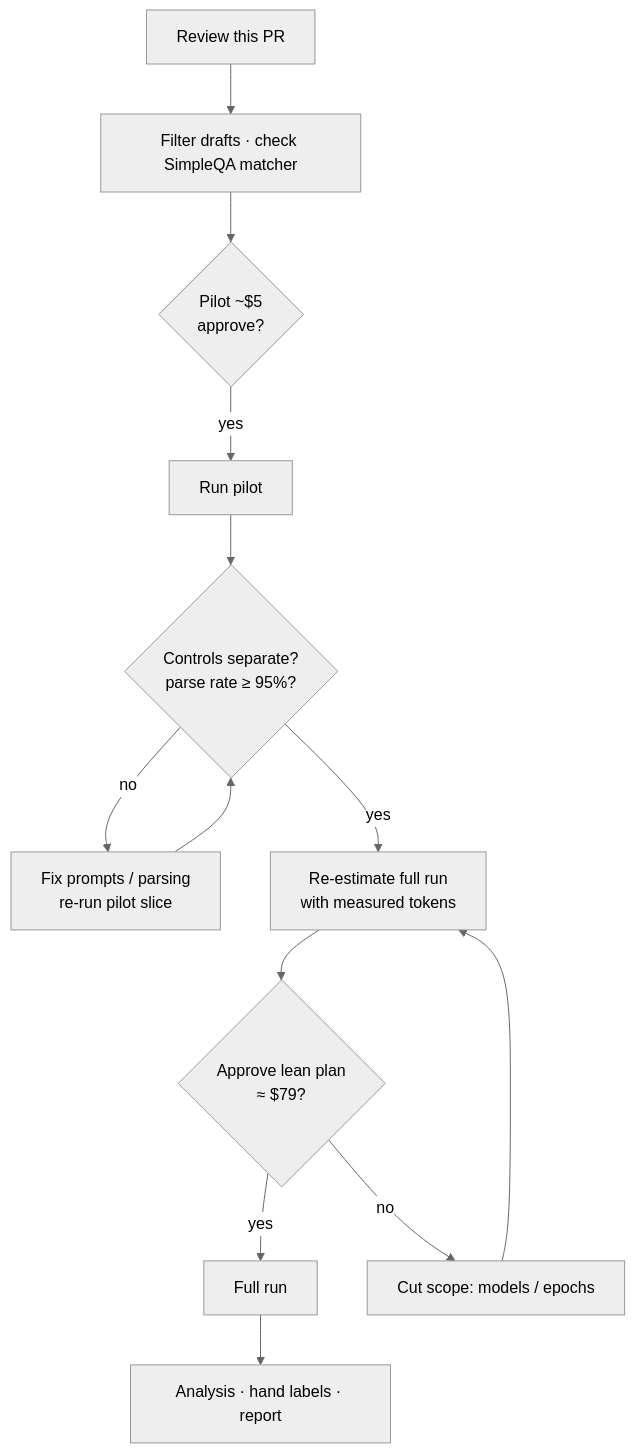
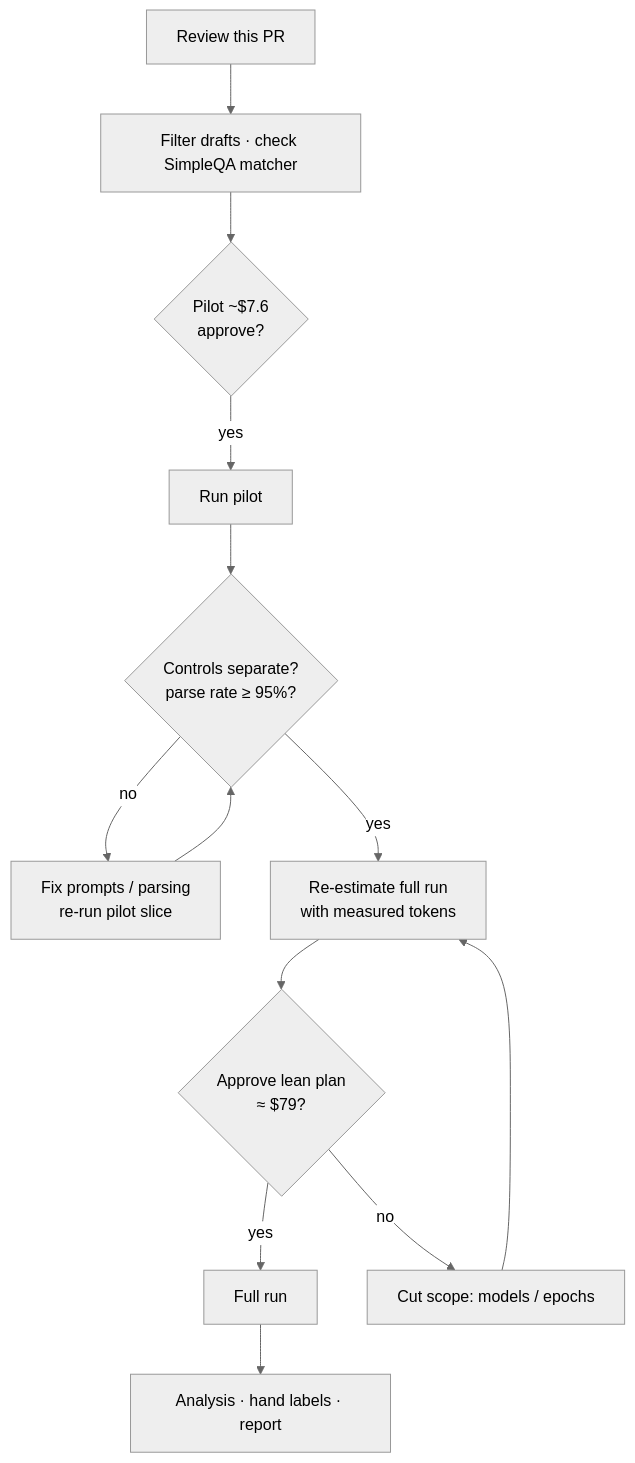
Before and after one commit to handsresearch/2026-11-13-apart-sprint-epistemics: the third of 3 diagrams in RESEARCH_PLAN.md, drawn with Mermaid (neutral theme). The commit also changed other lines of this file and 10 other files, not shown here.

````diff
--- a/RESEARCH_PLAN.md
+++ b/RESEARCH_PLAN.md
@@ -178,13 +178,13 @@
 ```mermaid
 flowchart TD
     A[Review this PR] --> B[Filter drafts · check SimpleQA matcher]
-    B --> C{Pilot ~$5<br/>approve?}
+    B --> C{Pilot ~$7.6<br/>approve?}
     C -->|yes| D[Run pilot]
     D --> E{Controls separate?<br/>parse rate ≥ 95%?}
     E -->|no| F[Fix prompts / parsing<br/>re-run pilot slice] --> E
     E -->|yes| G[Re-estimate full run<br/>with measured tokens]
     G --> H{Approve lean plan<br/>≈ $79?}
     H -->|yes| I[Full run]
     H -->|no| J[Cut scope: models / epochs] --> G
     I --> K[Analysis · hand labels · report]
 ```
````
